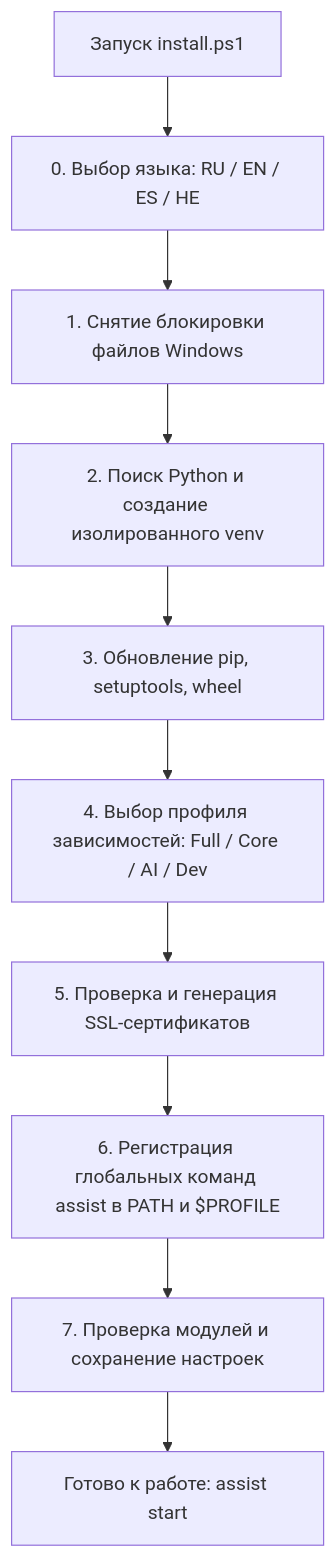
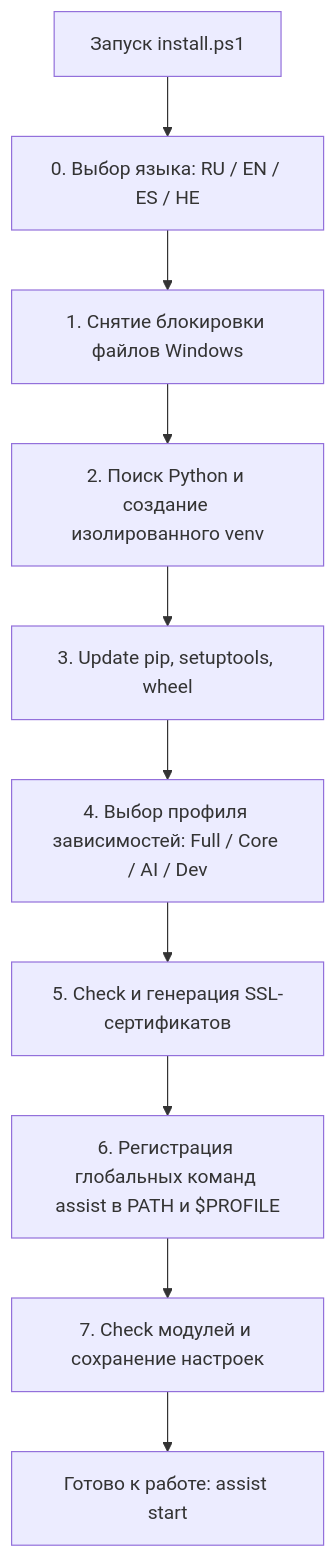
The diagram in .ai/instructions/knowledge/INSTALLATION_GUIDE.md (hypo69/AI-Breadboard), drawn with Mermaid before and after one commit. The commit also changed other lines of this file and 325 other files, not shown here.

````diff
--- a/.ai/instructions/knowledge/INSTALLATION_GUIDE.md
+++ b/.ai/instructions/knowledge/INSTALLATION_GUIDE.md
@@ -49,12 +49,12 @@
 ```mermaid
 flowchart TD
     A[Запуск install.ps1] --> B[0. Выбор языка: RU / EN / ES / HE]
     B --> C[1. Снятие блокировки файлов Windows]
     C --> D[2. Поиск Python и создание изолированного venv]
-    D --> E[3. Обновление pip, setuptools, wheel]
+    D --> E[3. Update pip, setuptools, wheel]
     E --> F[4. Выбор профиля зависимостей: Full / Core / AI / Dev]
-    F --> G[5. Проверка и генерация SSL-сертификатов]
+    F --> G[5. Check и генерация SSL-сертификатов]
     G --> H[6. Регистрация глобальных команд assist в PATH и $PROFILE]
-    H --> I[7. Проверка модулей и сохранение настроек]
+    H --> I[7. Check модулей и сохранение настроек]
     I --> J[Готово к работе: assist start]
 ```
````
